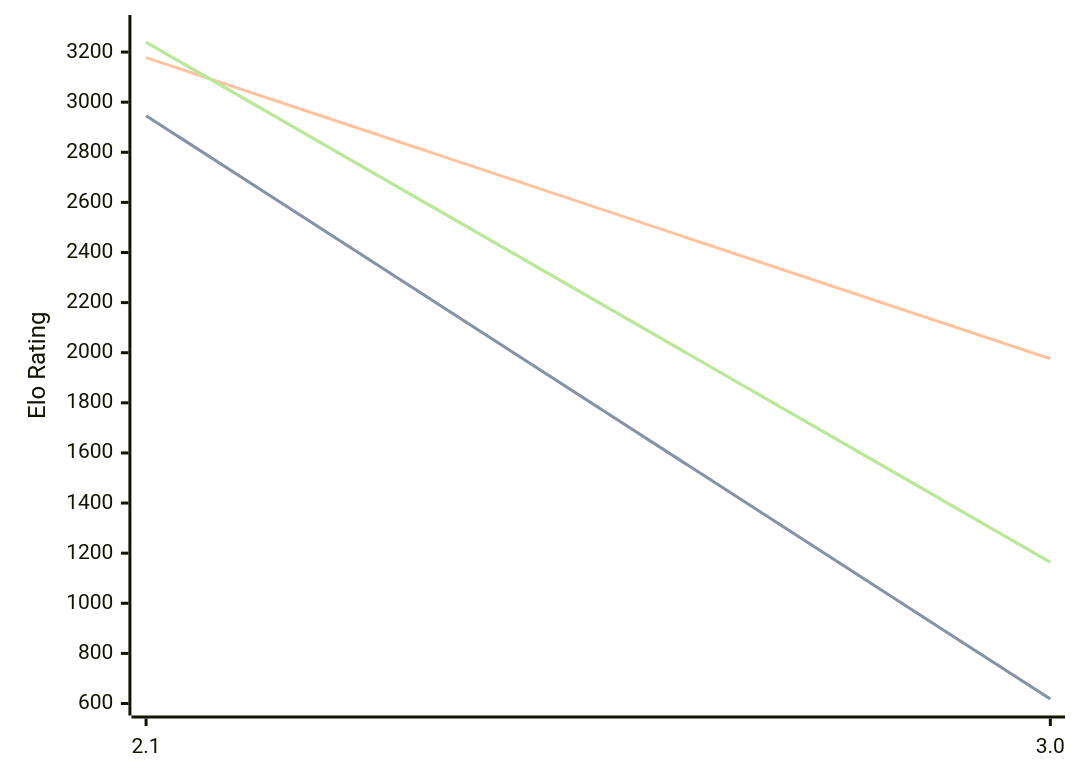
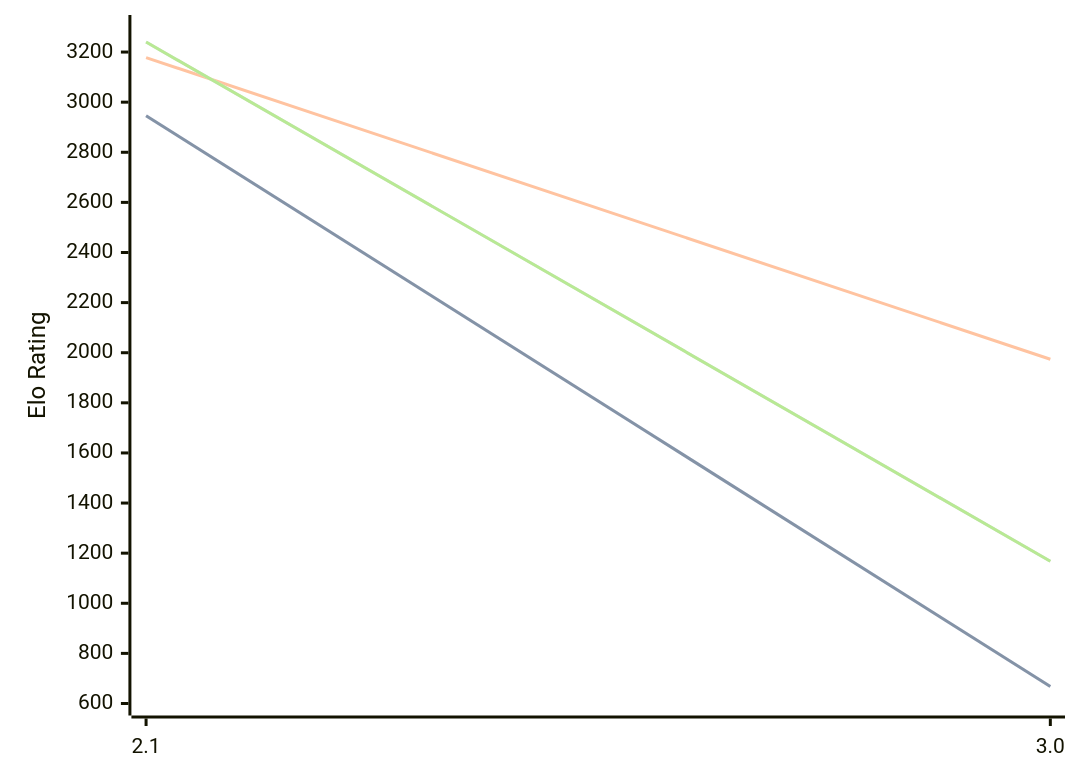
One commit to computer-chess-index/cci changed the diagram in engines/Quirky.md. Above: the diagram before and after it, drawn with Mermaid. The commit also changed other lines of this file, not shown here.

Commit message:
Update CCI Ratings (ELO VLTC) - 2026-05-21

````diff
--- a/engines/Quirky.md
+++ b/engines/Quirky.md
@@ -34,11 +34,11 @@
 ```mermaid
 %%{init: {"theme":"base","themeVariables":{"seriesColors:['#a3a3a3','#222221','#faa371']}}}%%
 xychart-beta
   x-axis ["2.1", "3.0"]
   y-axis "Elo Rating" 600 --> 3300
-  line "STC (8.0+0.08s)" [2946, 618]
-  line "STC (8.0+0.08s)" [2946, 618]
-  line "LTC (60.0+0.60s)" [3178, 1976]
-  line "VLTC (2m24s+1.12s)" [3239, 1164]
-  line "VLTC (2m24s+1.12s)" [3239, 1164]
+  line "STC (8.0+0.08s)" [2946, 668]
+  line "STC (8.0+0.08s)" [2946, 668]
+  line "LTC (60.0+0.60s)" [3178, 1974]
+  line "VLTC (2m24s+1.12s)" [3240, 1168]
+  line "VLTC (2m24s+1.12s)" [3240, 1168]
 ```
````
